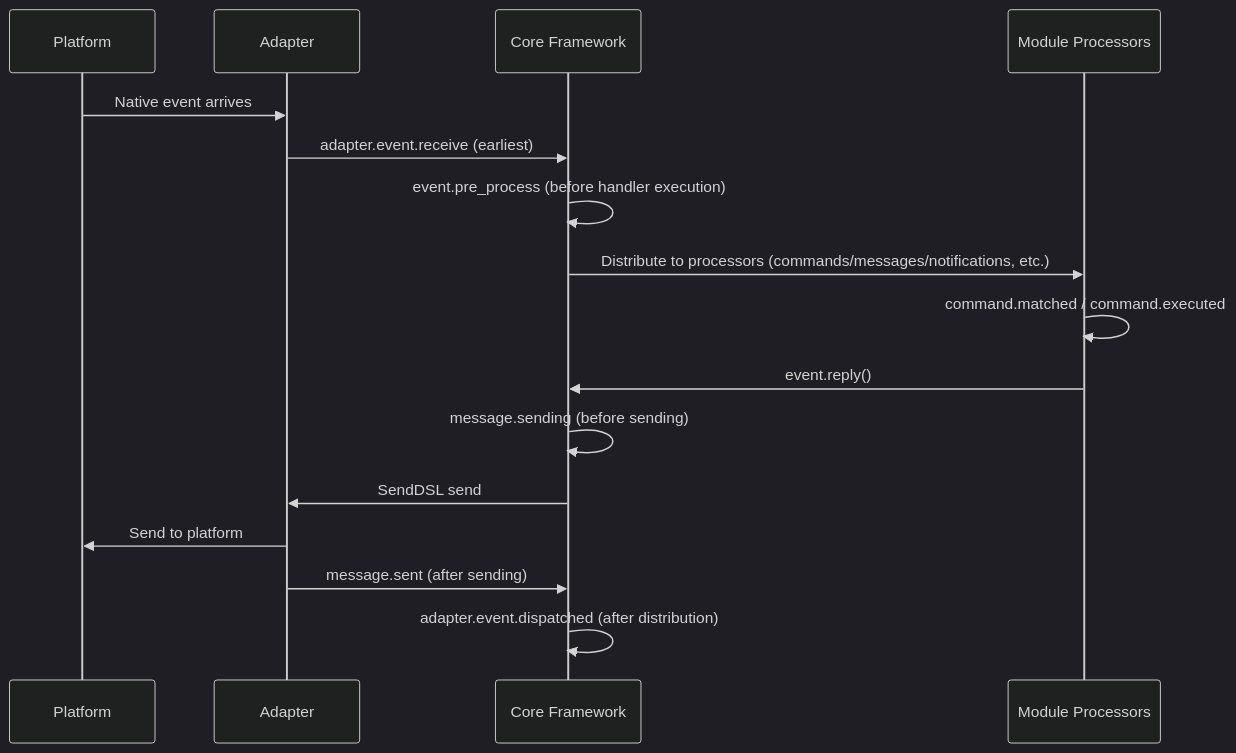
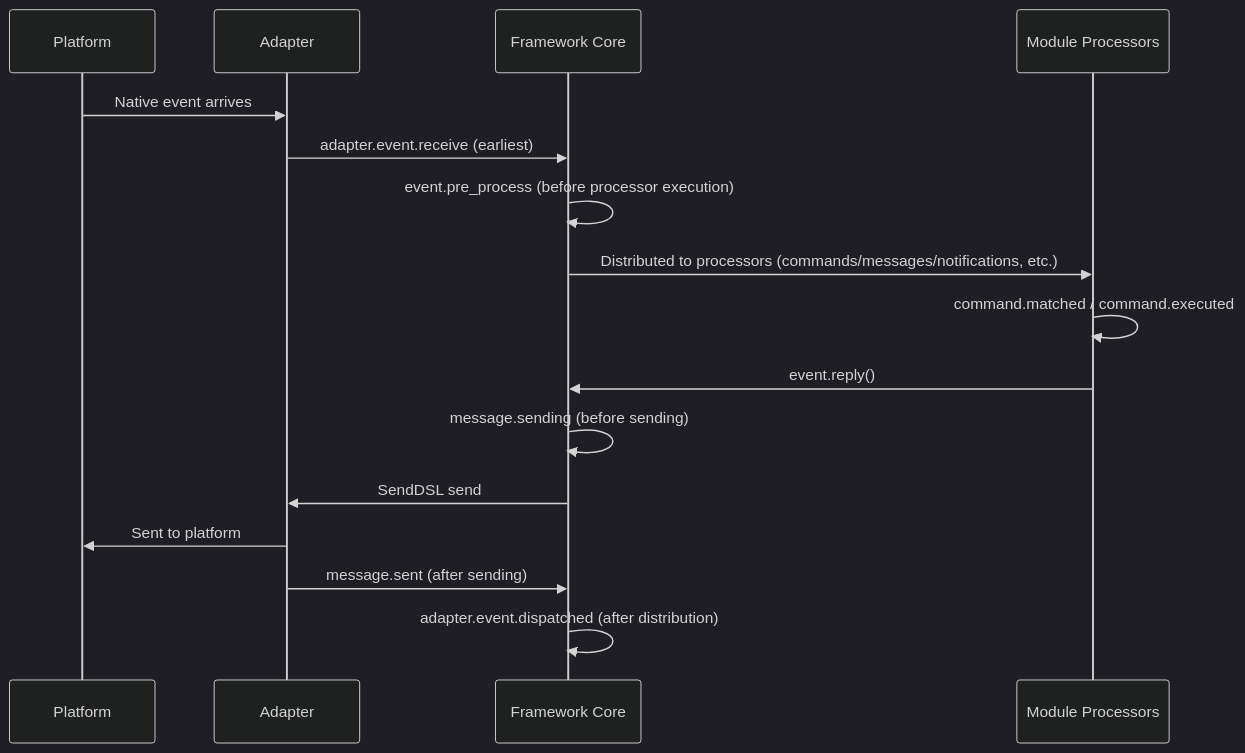
One commit to ErisPulse/ErisPulse changed the diagram in docs/en/advanced/lifecycle.md. Above: the diagram before and after it, drawn with Mermaid (dark theme). The commit also changed other lines of this file and 83 other files, not shown here.

````diff
--- a/docs/en/advanced/lifecycle.md
+++ b/docs/en/advanced/lifecycle.md
@@ -120,19 +121,19 @@
 ```mermaid
 sequenceDiagram
     participant P as Platform
     participant A as Adapter
-    participant F as Core Framework
+    participant F as Framework Core
     participant M as Module Processors
 
     P->>A: Native event arrives
     A->>F: adapter.event.receive (earliest)
-    F->>F: event.pre_process (before handler execution)
-    F->>M: Distribute to processors (commands/messages/notifications, etc.)
+    F->>F: event.pre_process (before processor execution)
+    F->>M: Distributed to processors (commands/messages/notifications, etc.)
     M->>M: command.matched / command.executed
     M->>F: event.reply()
     F->>F: message.sending (before sending)
     F->>A: SendDSL send
-    A->>P: Send to platform
+    A->>P: Sent to platform
     A->>F: message.sent (after sending)
     F->>F: adapter.event.dispatched (after distribution)
 ```
````
